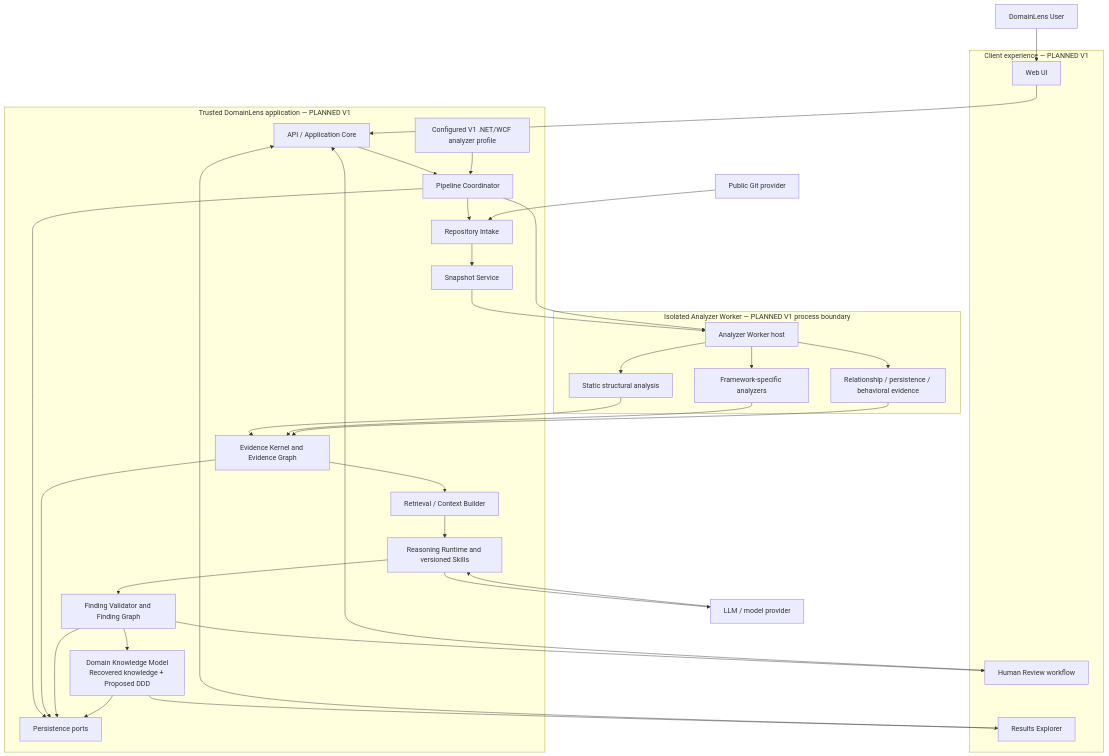
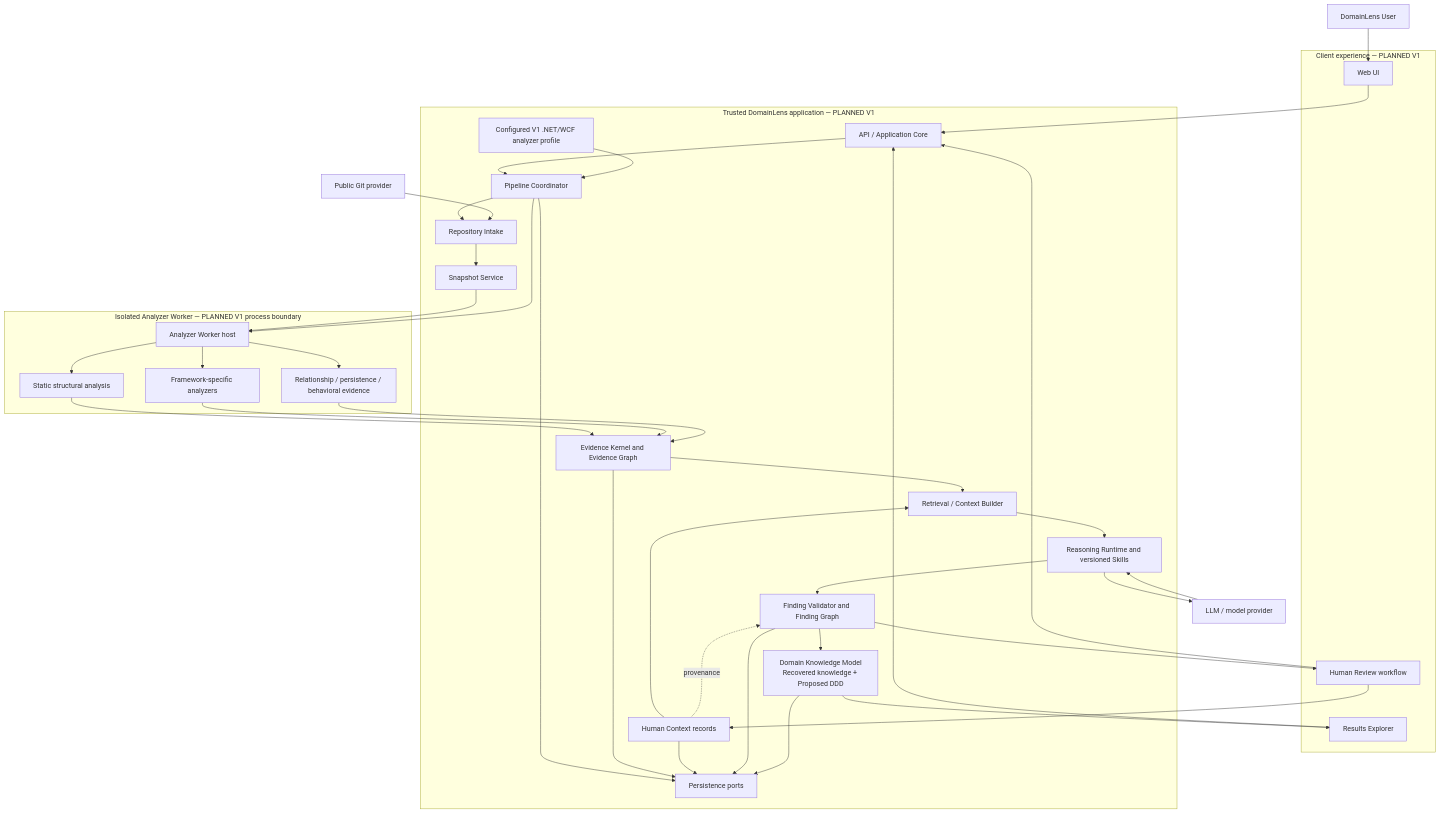
Before and after one commit to ksharik/domainLens: the diagram in docs/architecture/02-logical-architecture.md, drawn with Mermaid. The commit also changed other lines of this file and 24 other files, not shown here.

````diff
--- a/docs/architecture/02-logical-architecture.md
+++ b/docs/architecture/02-logical-architecture.md
@@ -38,63 +39,68 @@
 ```mermaid
 flowchart TB
     user["DomainLens User"]
     git["Public Git provider"]
     model["LLM / model provider"]
 
     subgraph clients["Client experience — PLANNED V1"]
         web["Web UI"]
         explorer["Results Explorer"]
         review["Human Review workflow"]
     end
 
     subgraph trusted["Trusted DomainLens application — PLANNED V1"]
         api["API / Application Core"]
         coordinator["Pipeline Coordinator"]
         intake["Repository Intake"]
         snapshot["Snapshot Service"]
         analyzerConfig["Configured V1 .NET/WCF analyzer profile"]
         evidenceKernel["Evidence Kernel and Evidence Graph"]
         context["Retrieval / Context Builder"]
+        humanContext["Human Context records"]
         reasoning["Reasoning Runtime and versioned Skills"]
         findingValidator["Finding Validator and Finding Graph"]
         domainModel["Domain Knowledge Model<br/>Recovered knowledge + Proposed DDD"]
         persistence["Persistence ports"]
     end
 
     subgraph isolated["Isolated Analyzer Worker — PLANNED V1 process boundary"]
         worker["Analyzer Worker host"]
         structural["Static structural analysis"]
         framework["Framework-specific analyzers"]
         relationships["Relationship / persistence / behavioral evidence"]
     end
 
     user --> web
     web --> api
     explorer --> api
     review --> api
     api --> coordinator
     coordinator --> intake
     git --> intake
     intake --> snapshot
     snapshot --> worker
     analyzerConfig --> coordinator
     coordinator --> worker
     worker --> structural
     worker --> framework
     worker --> relationships
     structural --> evidenceKernel
     framework --> evidenceKernel
     relationships --> evidenceKernel
     evidenceKernel --> context
+    review --> humanContext
+    humanContext --> context
     context --> reasoning
     reasoning --> model
     model --> reasoning
     reasoning --> findingValidator
     findingValidator --> review
+    humanContext -. provenance .-> findingValidator
     findingValidator --> domainModel
     domainModel --> explorer
     coordinator --> persistence
     evidenceKernel --> persistence
+    humanContext --> persistence
     findingValidator --> persistence
     domainModel --> persistence
 ```
````
